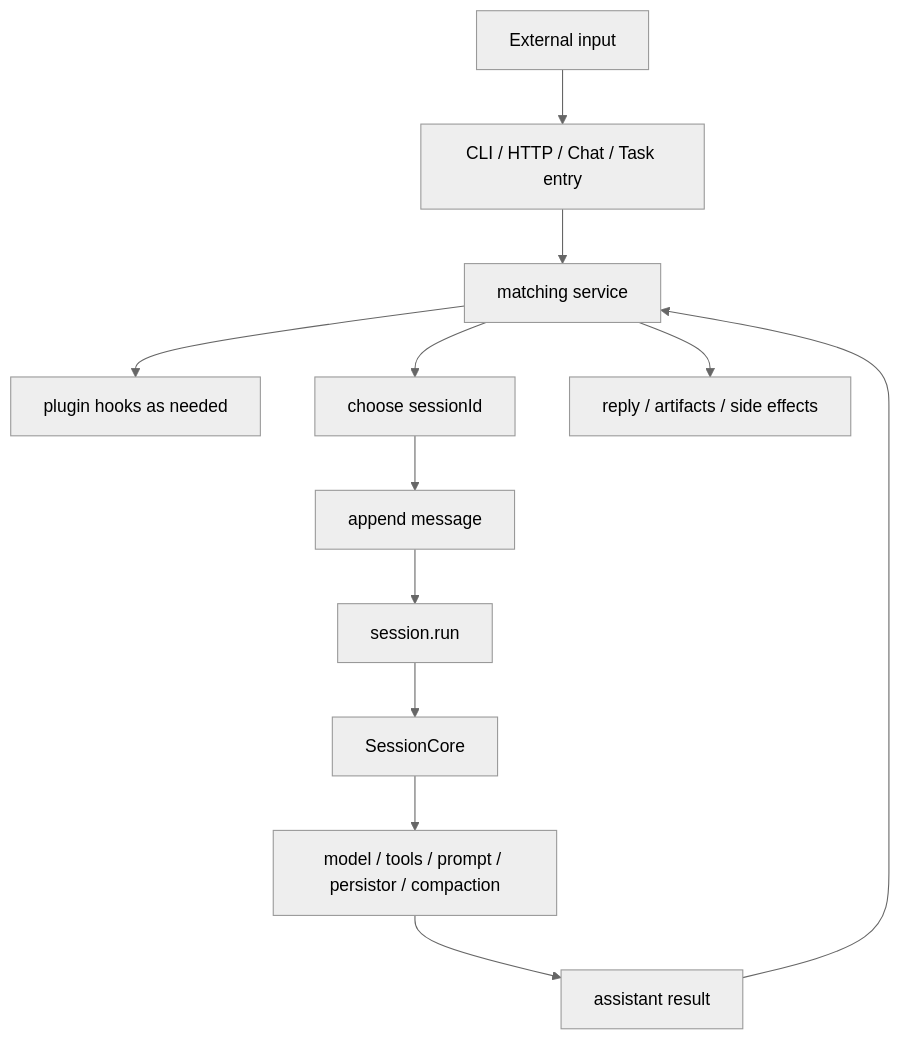
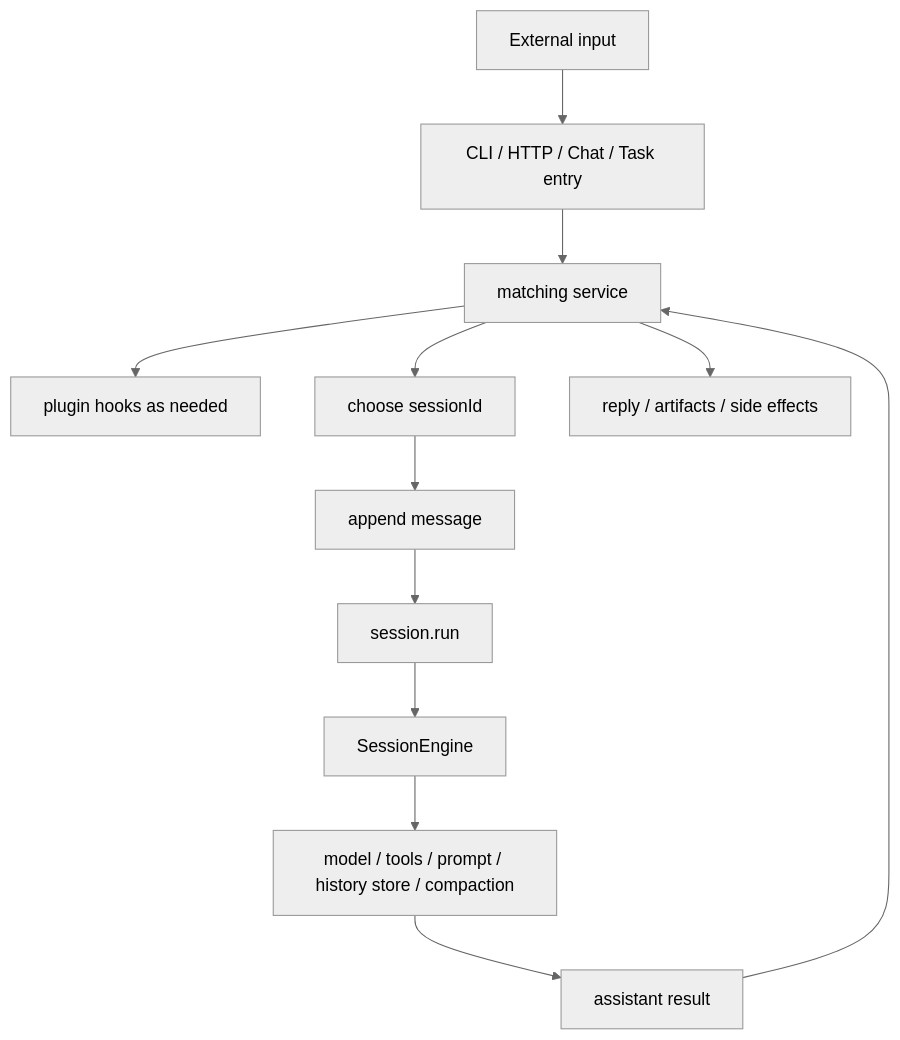
The third of 3 diagrams in homepage/content/devdocs/en/architecture/system-logic.mdx (wangenius/downcity), drawn with Mermaid (neutral theme) before and after one commit. The commit also changed other lines of this file and 419 other files, not shown here.

````diff
--- a/homepage/content/devdocs/en/architecture/system-logic.mdx
+++ b/homepage/content/devdocs/en/architecture/system-logic.mdx
@@ -174,14 +174,14 @@
 ```mermaid
 flowchart TD
   IN["External input"] --> ROUTE["CLI / HTTP / Chat / Task entry"]
   ROUTE --> SERVICE["matching service"]
   SERVICE --> HOOK["plugin hooks as needed"]
   SERVICE --> SID["choose sessionId"]
   SID --> APPEND["append message"]
   APPEND --> RUN["session.run"]
-  RUN --> CORE["SessionCore"]
-  CORE --> MODEL["model / tools / prompt / persistor / compaction"]
+  RUN --> CORE["SessionEngine"]
+  CORE --> MODEL["model / tools / prompt / history store / compaction"]
   MODEL --> RES["assistant result"]
   RES --> SERVICE
   SERVICE --> OUT["reply / artifacts / side effects"]
 ```
````
